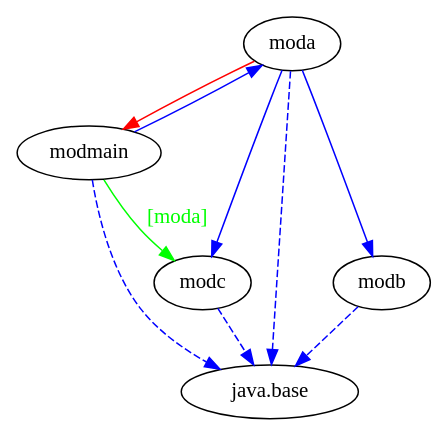
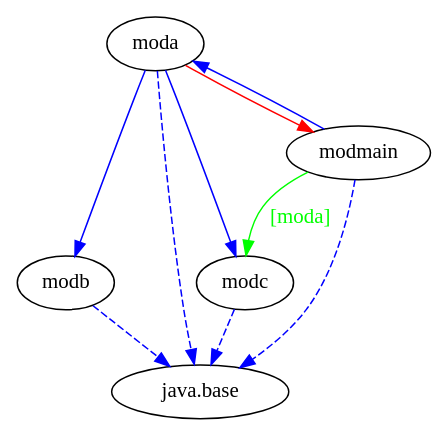
Before and after one commit to accso/java9-jigsaw-examples: the diagram in jigsaw-examples/example_requires_exports_requires-transitive_exports-to/moduledependencies.dot, drawn with Graphviz. The commit also changed 84 other files, not shown here.

Commit message:
Updated all GraphViz files (.dot and .png output)

```diff
--- a/jigsaw-examples/example_requires_exports_requires-transitive_exports-to/moduledependencies.dot
+++ b/jigsaw-examples/example_requires_exports_requires-transitive_exports-to/moduledependencies.dot
@@ -1,17 +1,17 @@
-# Created by depvis.JigsawDepVisualizer on Thu Mar 30 16:09:14 CEST 2017
+# Created by depvis.JigsawDepVisualizer on Tue Oct 10 15:14:31 CEST 2017
 digraph Java9_Dependency_Visualizer {
+moda[fontname="Consolas",shape="ellipse",label="moda"];
+modb[fontname="Consolas",shape="ellipse",label="modb"];
 modc[fontname="Consolas",shape="ellipse",label="modc"];
 java_base[fontname="Consolas",shape="ellipse",label="java.base"];
-modb[fontname="Consolas",shape="ellipse",label="modb"];
 modmain[fontname="Consolas",shape="ellipse",label="modmain"];
-moda[fontname="Consolas",shape="ellipse",label="moda"];
-modc -> java_base[color="#0000ff",fontname="Consolas",fontcolor="#0000ff",style="dashed",weight="16"]
-modb -> java_base[color="#0000ff",fontname="Consolas",fontcolor="#0000ff",style="dashed",weight="16"]
-modmain -> moda[color="#0000ff",fontname="Consolas",fontcolor="#0000ff",weight="8"]
-modmain -> java_base[color="#0000ff",fontname="Consolas",fontcolor="#0000ff",style="dashed",weight="16"]
-modmain -> modc[color="#00ff00",fontname="Consolas",fontcolor="#00ff00",weight="4",label="[moda]"]
 moda -> modb[color="#0000ff",fontname="Consolas",fontcolor="#0000ff",weight="8"]
 moda -> modc[color="#0000ff",fontname="Consolas",fontcolor="#0000ff",weight="8"]
 moda -> java_base[color="#0000ff",fontname="Consolas",fontcolor="#0000ff",style="dashed",weight="16"]
 moda -> modmain[fontname="Consolas",fontcolor="#ff0000",color="#ff0000",weight="2"]
+modmain -> moda[color="#0000ff",fontname="Consolas",fontcolor="#0000ff",weight="8"]
+modmain -> java_base[color="#0000ff",fontname="Consolas",fontcolor="#0000ff",style="dashed",weight="16"]
+modmain -> modc[color="#00ff00",fontname="Consolas",fontcolor="#00ff00",weight="4",label="[moda]"]
+modb -> java_base[color="#0000ff",fontname="Consolas",fontcolor="#0000ff",style="dashed",weight="16"]
+modc -> java_base[color="#0000ff",fontname="Consolas",fontcolor="#0000ff",style="dashed",weight="16"]
 }
```
